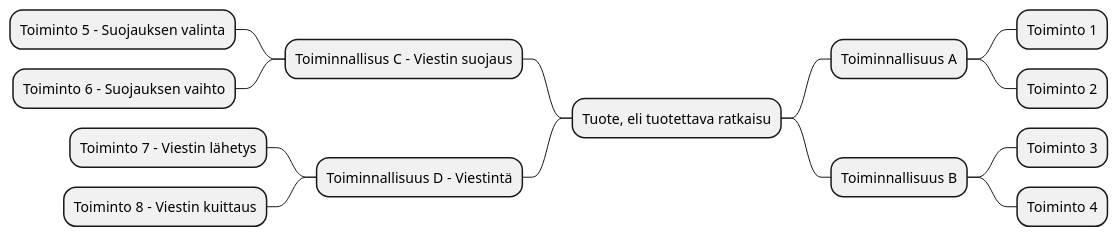
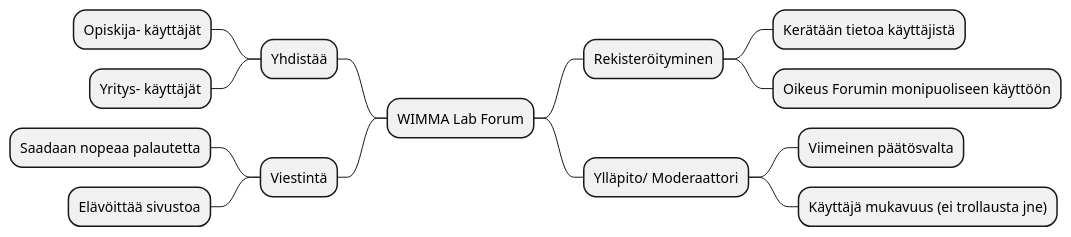
One commit to ninaleo/S2021-AB5160-core changed the fourth of 6 diagrams in dokumentit/20-Vaatimustenhallinta/vaatimusmaaritely-tiivis.md. Above: the diagram before and after it, drawn with PlantUML. The commit also changed other lines of this file, not shown here.

````diff
--- a/dokumentit/20-Vaatimustenhallinta/vaatimusmaaritely-tiivis.md
+++ b/dokumentit/20-Vaatimustenhallinta/vaatimusmaaritely-tiivis.md
@@ -154,17 +145,17 @@
 ```plantuml
 @startmindmap
-+ Tuote, eli tuotettava ratkaisu
-++ Toiminnallisuus A
-+++ Toiminto 1
-+++ Toiminto 2
-++ Toiminnallisuus B
-+++ Toiminto 3
-+++ Toiminto 4
--- Toiminnallisus C - Viestin suojaus
---- Toiminto 5 - Suojauksen valinta
---- Toiminto 6 - Suojauksen vaihto
--- Toiminnallisuus D - Viestintä
---- Toiminto 7 - Viestin lähetys
---- Toiminto 8 - Viestin kuittaus
++ WIMMA Lab Forum
+++ Rekisteröityminen
++++ Kerätään tietoa käyttäjistä
++++ Oikeus Forumin monipuoliseen käyttöön
+++ Ylläpito/ Moderaattori
++++ Viimeinen päätösvalta
++++ Käyttäjä mukavuus (ei trollausta jne)
+-- Yhdistää
+--- Opiskija- käyttäjät
+--- Yritys- käyttäjät
+-- Viestintä
+--- Saadaan nopeaa palautetta
+--- Elävöittää sivustoa
 @endmindmap
 ```
````
